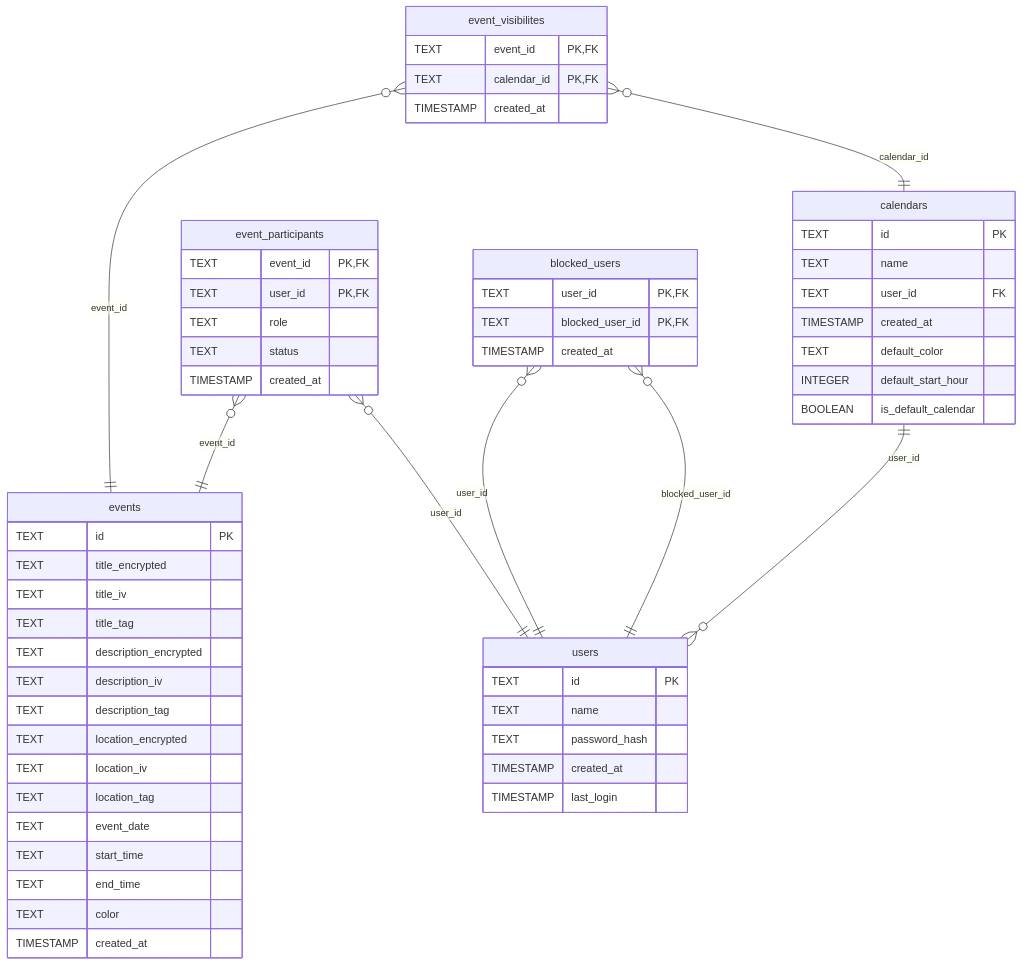
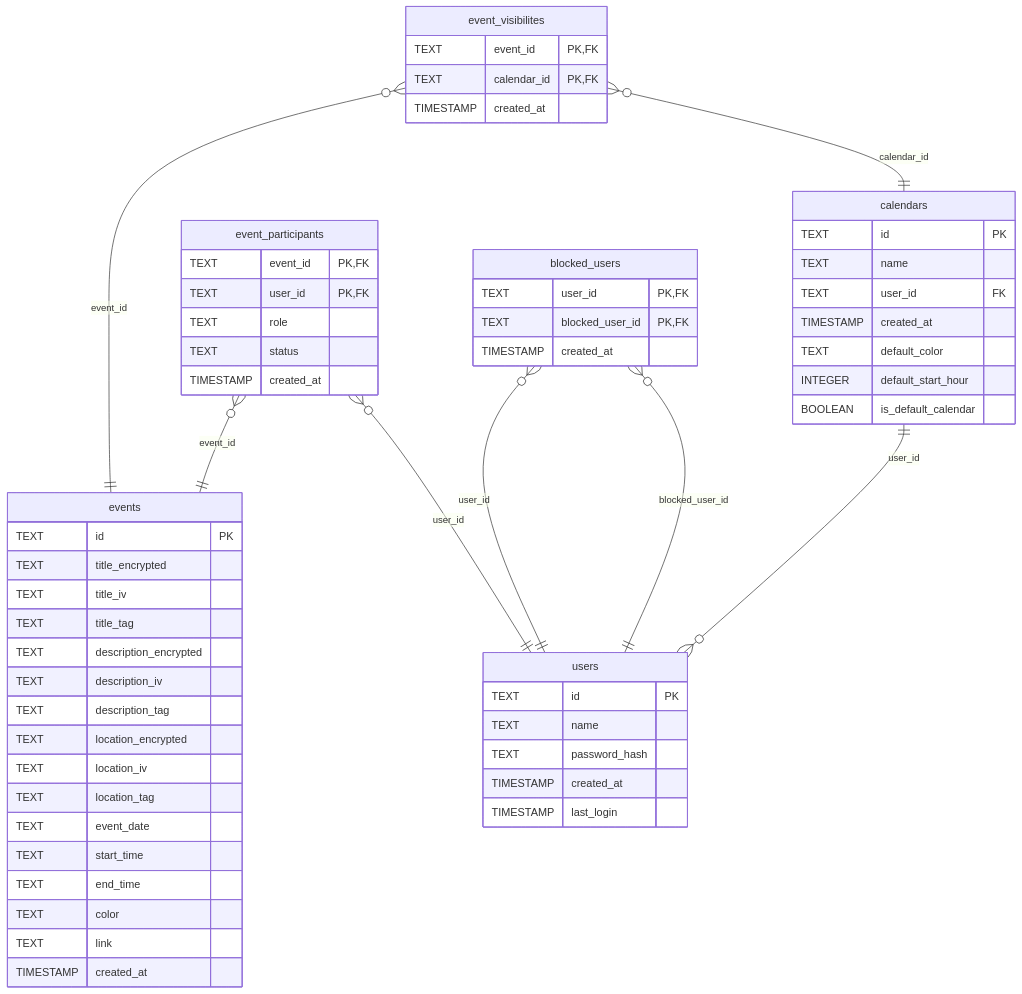
One commit to ScriptRaccoon/svalendar changed the diagram in DATABASE.md. Above: the diagram before and after it, drawn with Mermaid. The commit also changed 12 other files, not shown here.

````diff
--- a/DATABASE.md
+++ b/DATABASE.md
@@ -1,60 +1,61 @@
 ```mermaid
 erDiagram
   users {
     TEXT id PK
     TEXT name
     TEXT password_hash
     TIMESTAMP created_at
     TIMESTAMP last_login
   }
   calendars {
     TEXT id PK
     TEXT name
     TEXT user_id FK
     TIMESTAMP created_at
     TEXT default_color
     INTEGER default_start_hour
     BOOLEAN is_default_calendar
   }
   calendars ||--o{ users : "user_id"
   events {
     TEXT id PK
     TEXT title_encrypted
     TEXT title_iv
     TEXT title_tag
     TEXT description_encrypted
     TEXT description_iv
     TEXT description_tag
     TEXT location_encrypted
     TEXT location_iv
     TEXT location_tag
     TEXT event_date
     TEXT start_time
     TEXT end_time
     TEXT color
+    TEXT link
     TIMESTAMP created_at
   }
   event_visibilites {
     TEXT event_id PK, FK
     TEXT calendar_id PK, FK
     TIMESTAMP created_at
   }
   event_visibilites }o--|| events : "event_id"
   event_visibilites }o--|| calendars : "calendar_id"
   event_participants {
     TEXT event_id PK, FK
     TEXT user_id PK, FK
     TEXT role
     TEXT status
     TIMESTAMP created_at
   }
   event_participants }o--|| events : "event_id"
   event_participants }o--|| users : "user_id"
   blocked_users {
     TEXT user_id PK, FK
     TEXT blocked_user_id PK, FK
     TIMESTAMP created_at
   }
   blocked_users }o--|| users : "user_id"
   blocked_users }o--|| users : "blocked_user_id"
 ```
````
